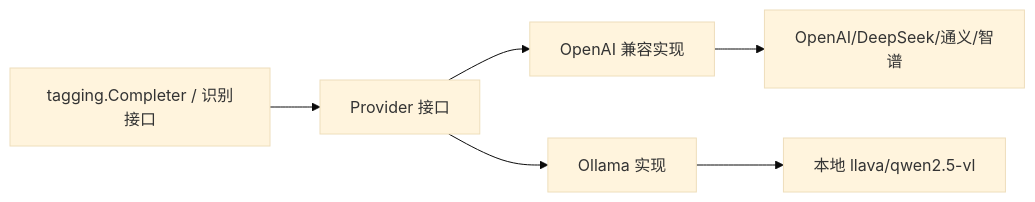
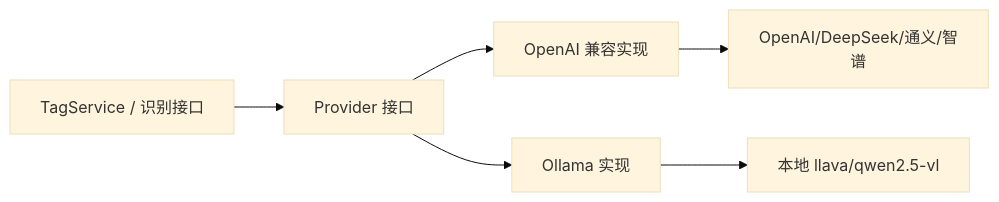
The fifth of 6 diagrams in docs/architecture.md (blue-cloud-net/food-log), drawn with Mermaid (base theme) before and after one commit. The commit also changed other lines of this file and 3 other files, not shown here.

````diff
--- a/docs/architecture.md
+++ b/docs/architecture.md
@@ -186,8 +189,8 @@
 ```mermaid
 graph LR
-    A[tagging.Completer / 识别接口] --> B[Provider 接口]
+    A[TagService / 识别接口] --> B[Provider 接口]
     B --> C[OpenAI 兼容实现]
     B --> D[Ollama 实现]
     C --> E[OpenAI/DeepSeek/通义/智谱]
     D --> F[本地 llava/qwen2.5-vl]
 ```
````
